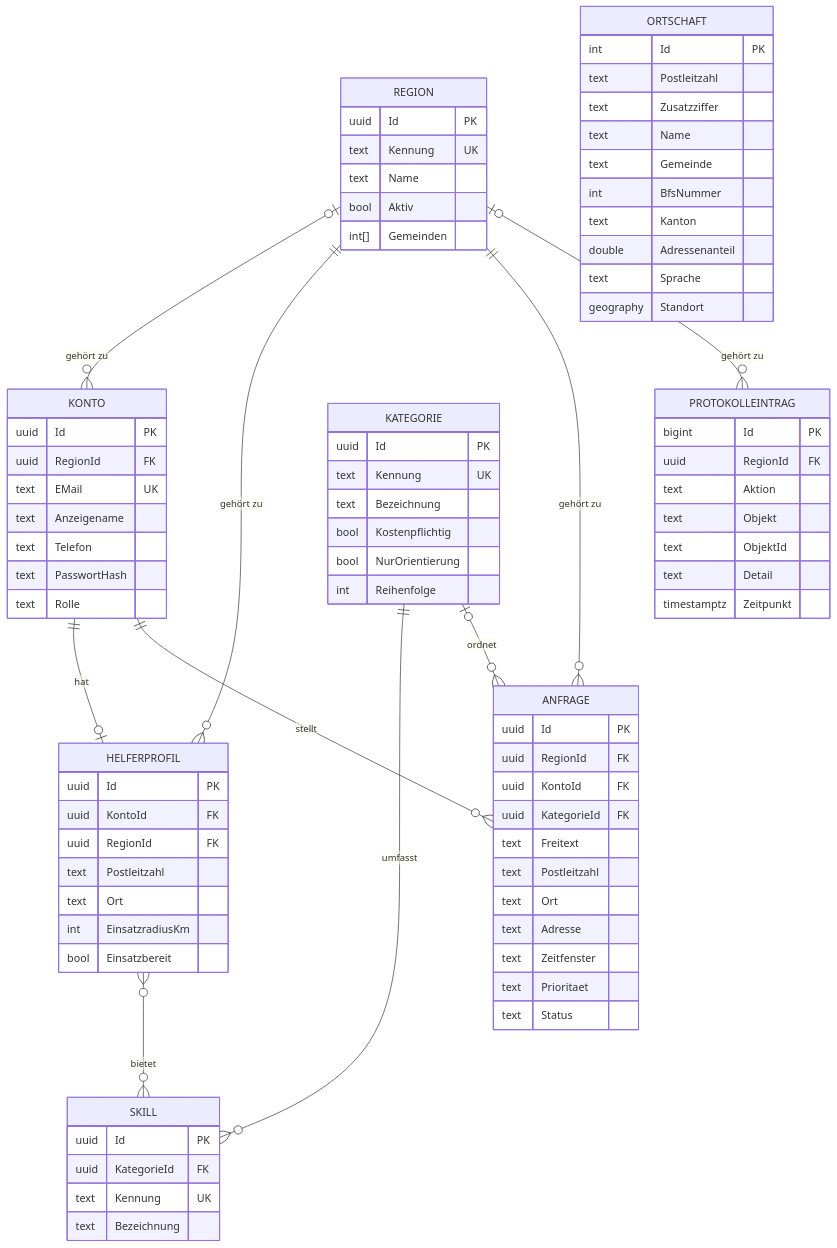
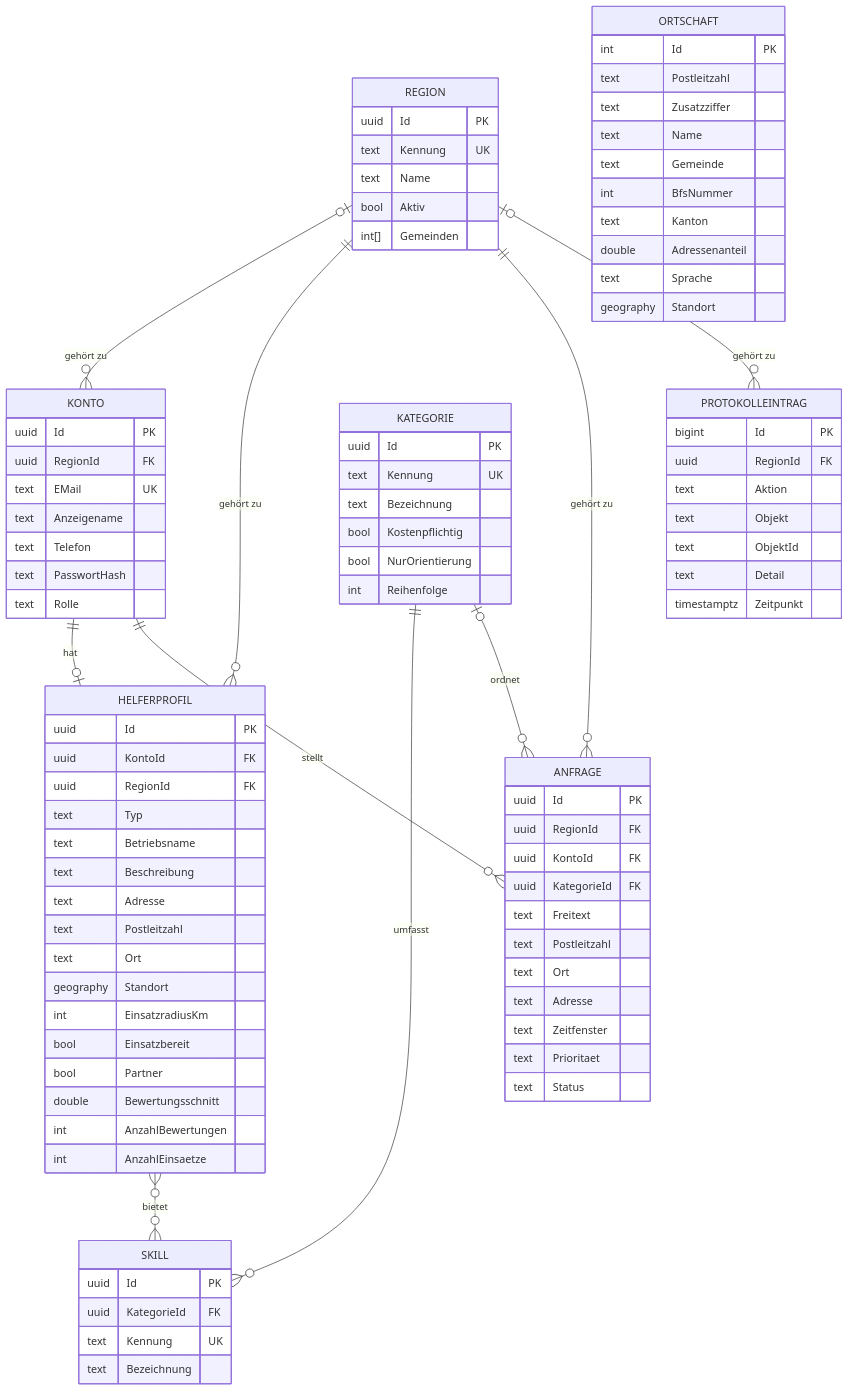
Before and after one commit to maliswiss/soforthilfe-bern-mittelland: the diagram in docs/datenmodell.md, drawn with Mermaid. The commit also changed other lines of this file and 24 other files, not shown here.

```diff
--- a/docs/datenmodell.md
+++ b/docs/datenmodell.md
@@ -50,10 +50,19 @@
     uuid Id PK
     uuid KontoId FK
     uuid RegionId FK
+    text Typ
+    text Betriebsname
+    text Beschreibung
+    text Adresse
     text Postleitzahl
     text Ort
+    geography Standort
     int EinsatzradiusKm
     bool Einsatzbereit
+    bool Partner
+    double Bewertungsschnitt
+    int AnzahlBewertungen
+    int AnzahlEinsaetze
   }
   ANFRAGE {
     uuid Id PK
```
